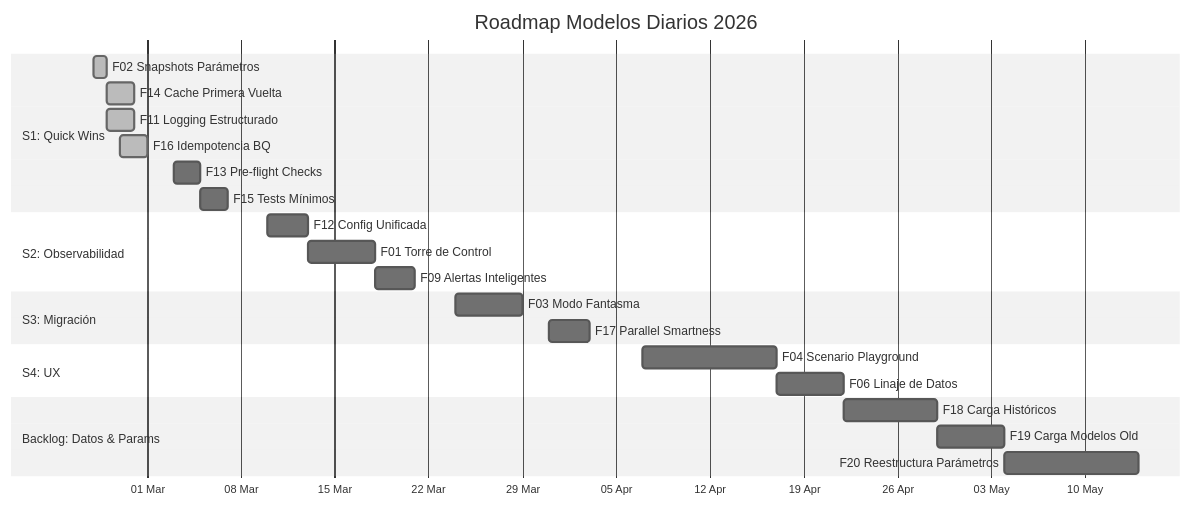
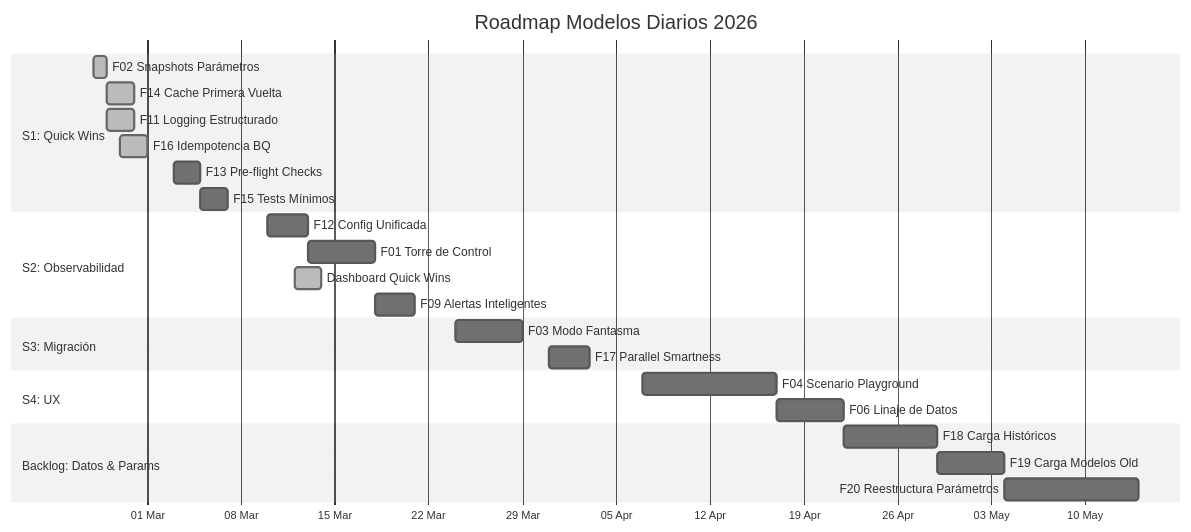
The first of 2 diagrams in docs/roadmap/index.md (vmlandae/bfa-cl-modelos-diarios-v1), drawn with Mermaid (neutral theme) before and after one commit. The commit also changed 2 other files, not shown here.

Commit message:
docs: actualizar README, mkdocs y roadmap con dashboard

````diff
--- a/docs/roadmap/index.md
+++ b/docs/roadmap/index.md
@@ -13,32 +13,33 @@
 ```mermaid
 gantt
     title Roadmap Modelos Diarios 2026
     dateFormat  YYYY-MM-DD
     axisFormat  %d %b
 
     section S1: Quick Wins
     F02 Snapshots Parámetros     :done, f02, 2026-02-25, 1d
     F14 Cache Primera Vuelta     :done, f14, 2026-02-26, 2d
     F11 Logging Estructurado     :done, f11, 2026-02-26, 2d
     F16 Idempotencia BQ          :done, f16, 2026-02-27, 2d
     F13 Pre-flight Checks        :f13, 2026-03-03, 2d
     F15 Tests Mínimos            :f15, 2026-03-05, 2d
 
     section S2: Observabilidad
     F12 Config Unificada         :f12, 2026-03-10, 3d
     F01 Torre de Control         :f01, 2026-03-13, 5d
+    Dashboard Quick Wins         :done, dqw, 2026-03-12, 2d
     F09 Alertas Inteligentes     :f09, 2026-03-18, 3d
 
     section S3: Migración
     F03 Modo Fantasma            :f03, 2026-03-24, 5d
     F17 Parallel Smartness       :f17, 2026-03-31, 3d
 
     section S4: UX
     F04 Scenario Playground      :f04, 2026-04-07, 10d
     F06 Linaje de Datos          :f06, 2026-04-17, 5d
 
     section Backlog: Datos & Params
     F18 Carga Históricos         :f18, after f06, 7d
     F19 Carga Modelos Old        :f19, after f18, 5d
     F20 Reestructura Parámetros  :f20, after f19, 10d
 ```
````
